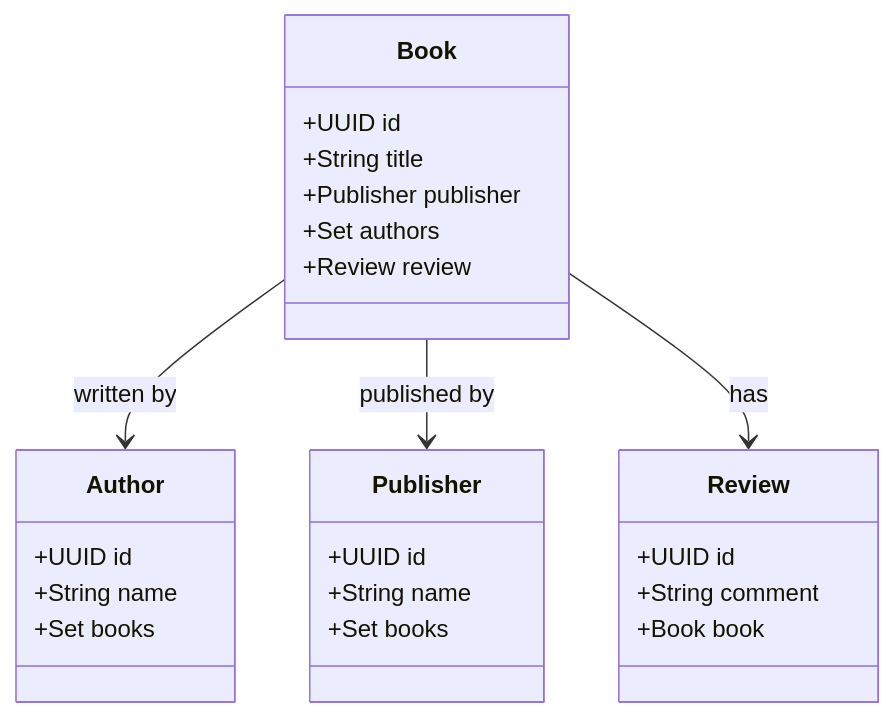
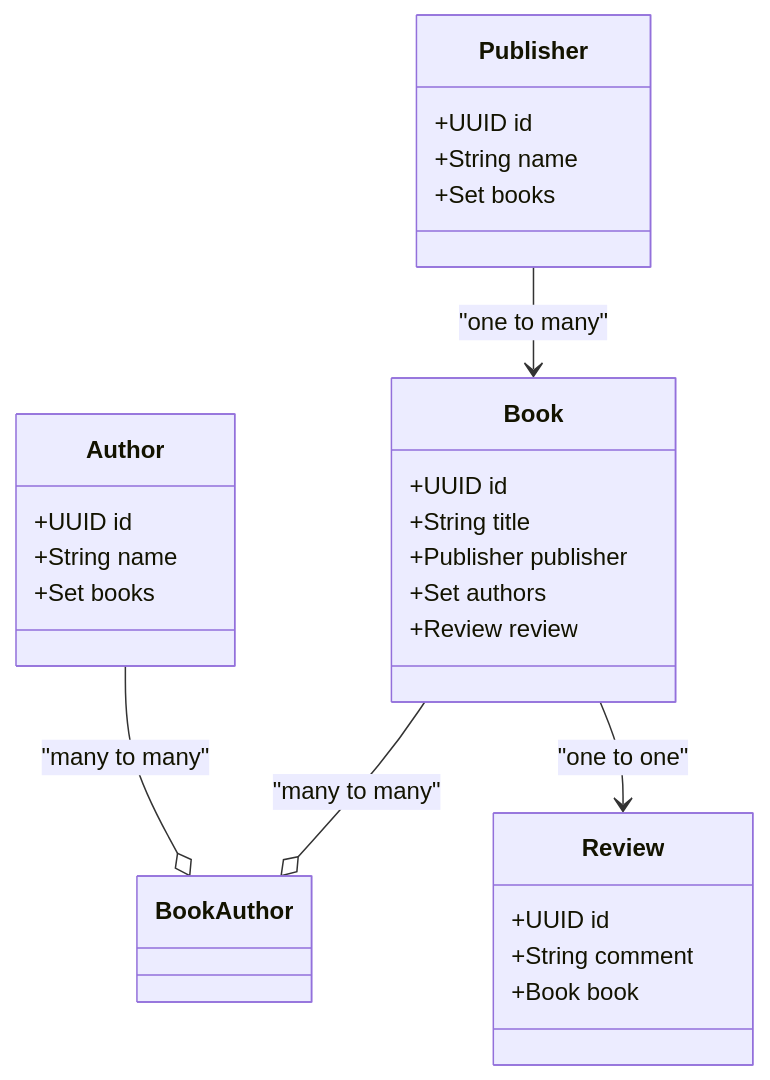
One commit to robertomatheuss/Spring-data-jpa changed the diagram in README.md. Above: the diagram before and after it, drawn with Mermaid.

````diff
--- a/README.md
+++ b/README.md
@@ -5,32 +5,34 @@
 ```mermaid
 classDiagram
     class Book {
         +UUID id
         +String title
         +Publisher publisher
         +Set<Author> authors
         +Review review
     }
     
     class Author {
         +UUID id
         +String name
         +Set<Book> books
     }
     
     class Publisher {
         +UUID id
         +String name
         +Set<Book> books
     }
     
     class Review {
         +UUID id
         +String comment
         +Book book
     }
     
-    Book --> Author : written by
-    Book --> Publisher : published by
-    Book --> Review : has
+        
+    Author --o BookAuthor : "many to many"
+    Book --o BookAuthor : "many to many"
+    Publisher --> Book : "one to many"
+    Book --> Review : "one to one"
 ```
````
